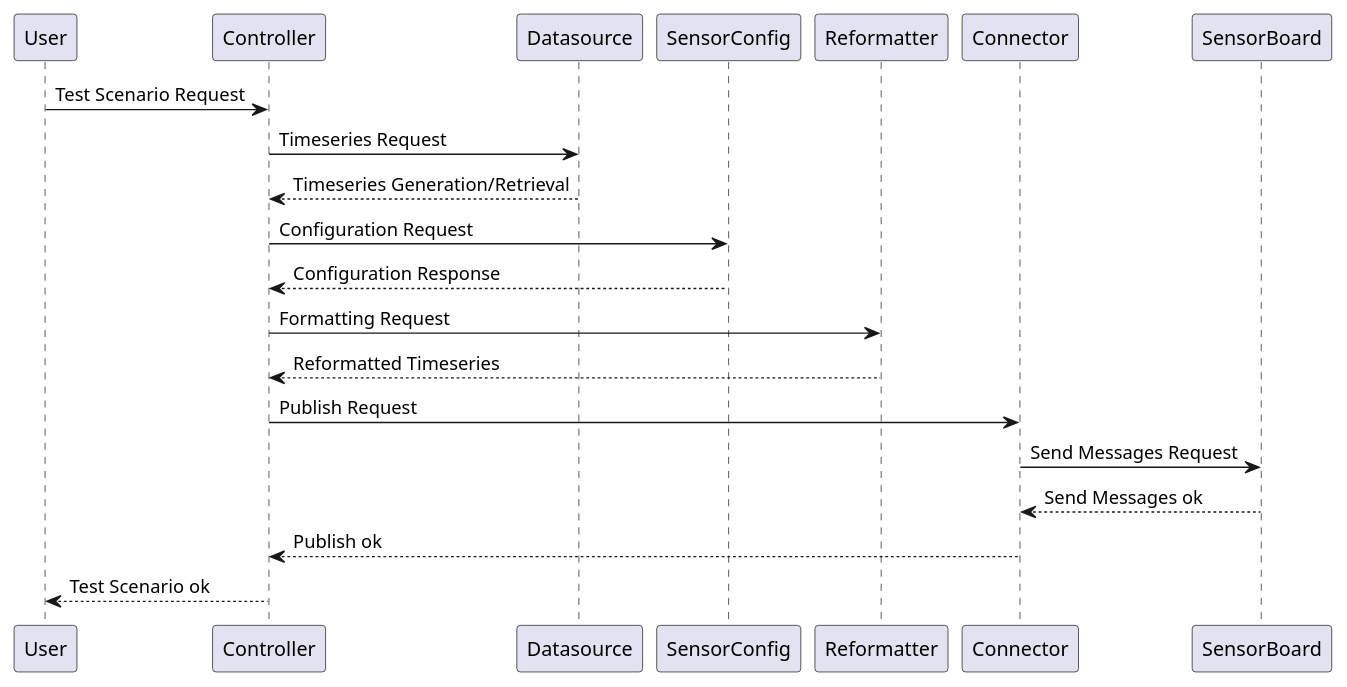
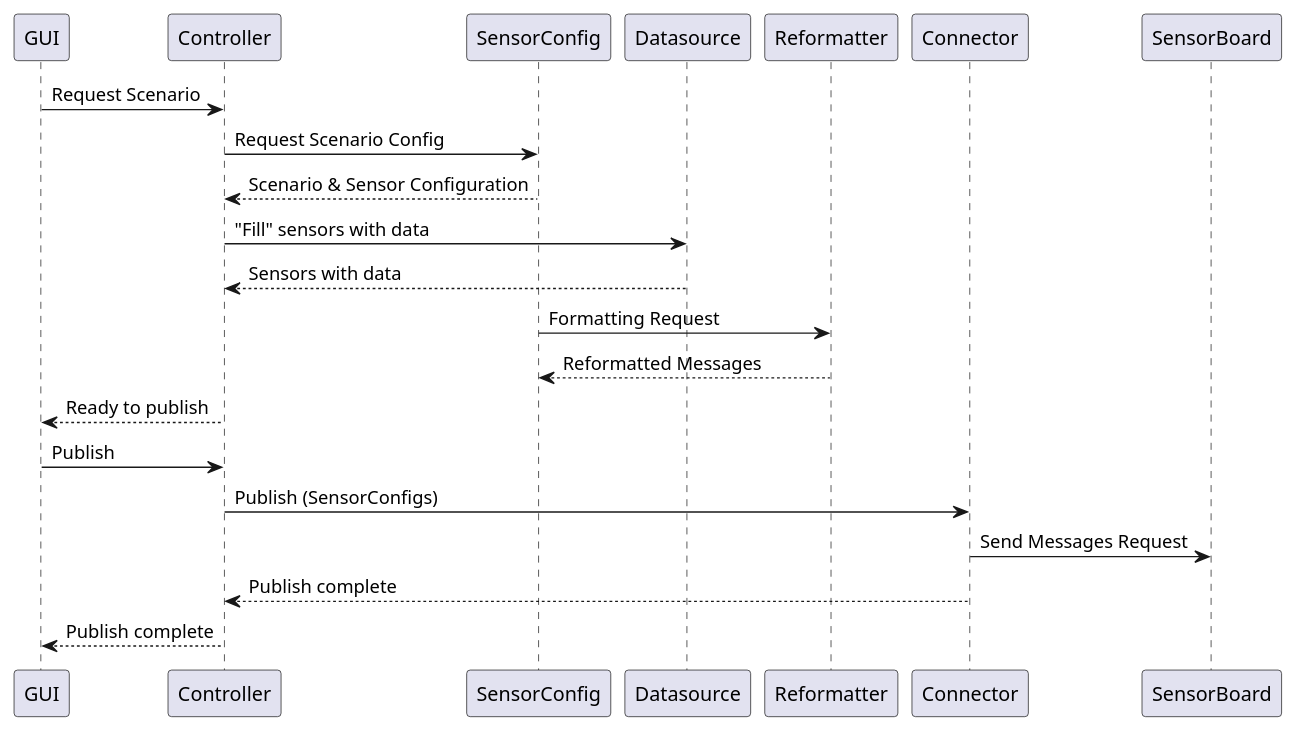
Before and after one commit to Hobbamok/IoT_VirtualApartment: the diagram in documentation/sequenceDiagram.plantuml, drawn with PlantUML. The commit also changed 7 other files, not shown here.

```diff
--- a/documentation/sequenceDiagram.plantuml
+++ b/documentation/sequenceDiagram.plantuml
@@ -1,18 +1,21 @@
 @startuml
-User -> Controller: Test Scenario Request
+GUI -> Controller: Request Scenario
 
-Datasource <- Controller: Timeseries Request
-Datasource --> Controller: Timeseries Generation/Retrieval
+SensorConfig <- Controller: Request Scenario Config
+SensorConfig --> Controller: Scenario & Sensor Configuration
 
-SensorConfig <- Controller: Configuration Request
-SensorConfig --> Controller: Configuration Response
+Datasource <- Controller: "Fill" sensors with data
+Datasource --> Controller: Sensors with data
 
-Controller -> Reformatter: Formatting Request
-Controller <-- Reformatter: Reformatted Timeseries
 
-Controller -> Connector: Publish Request
+
+SensorConfig -> Reformatter: Formatting Request
+SensorConfig <-- Reformatter: Reformatted Messages
+GUI <-- Controller: Ready to publish
+GUI -> Controller: Publish
+
+Controller -> Connector: Publish (SensorConfigs)
 Connector -> SensorBoard: Send Messages Request
-Connector <-- SensorBoard: Send Messages ok
-Controller <-- Connector: Publish ok
-User <-- Controller: Test Scenario ok
+Controller <-- Connector: Publish complete
+GUI <-- Controller: Publish complete
 @enduml
```
